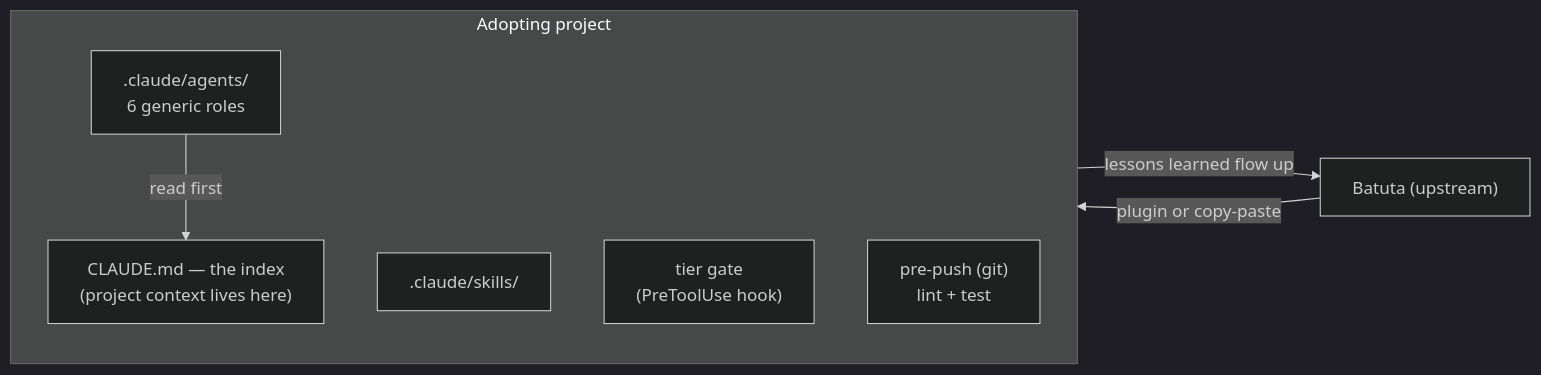
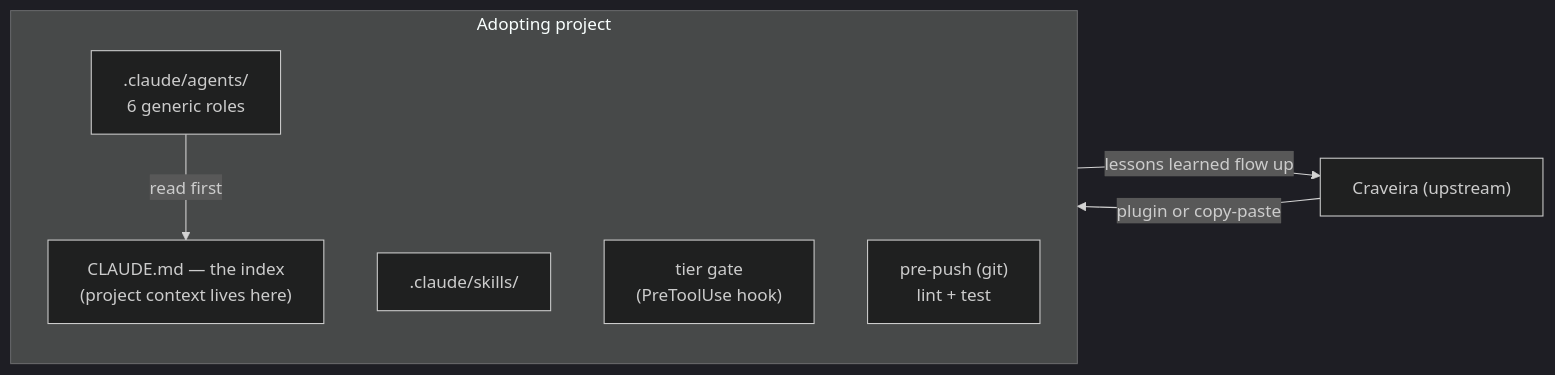
The first of 2 diagrams in README.md (Ahlut/batuta), drawn with Mermaid (dark theme) before and after one commit. The commit also changed other lines of this file and 6 other files, not shown here.

First line of the commit message:
rename: Batuta is now Craveira

````diff
--- a/README.md
+++ b/README.md
@@ -41,13 +46,13 @@
 ```mermaid
 flowchart LR
-    BA["Batuta (upstream)"] -->|"plugin or copy-paste"| project
+    BA["Craveira (upstream)"] -->|"plugin or copy-paste"| project
     subgraph project["Adopting project"]
         CM["CLAUDE.md — the index<br/>(project context lives here)"]
         AG[".claude/agents/<br/>6 generic roles"]
         SK[".claude/skills/"]
         TB["tier gate<br/>(PreToolUse hook)"]
         PP["pre-push (git)<br/>lint + test"]
     end
     AG -->|"read first"| CM
     project -->|"lessons learned flow up"| BA
 ```
````
